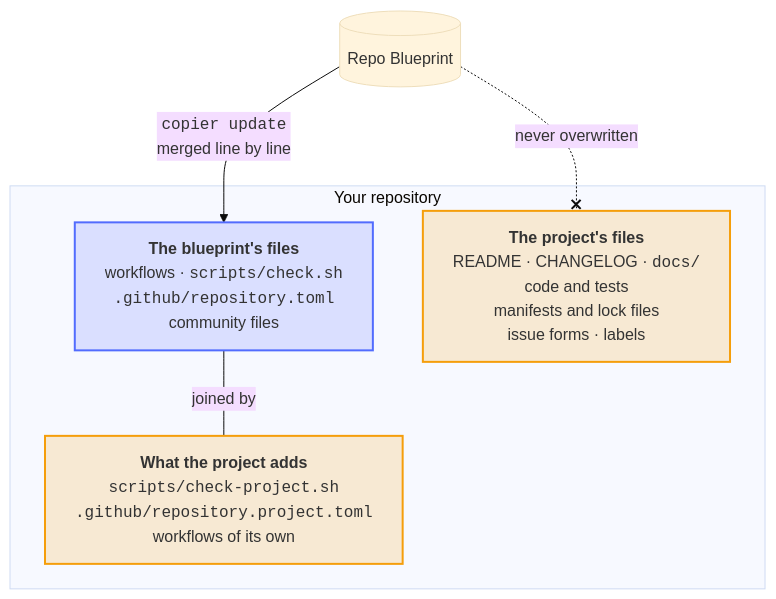
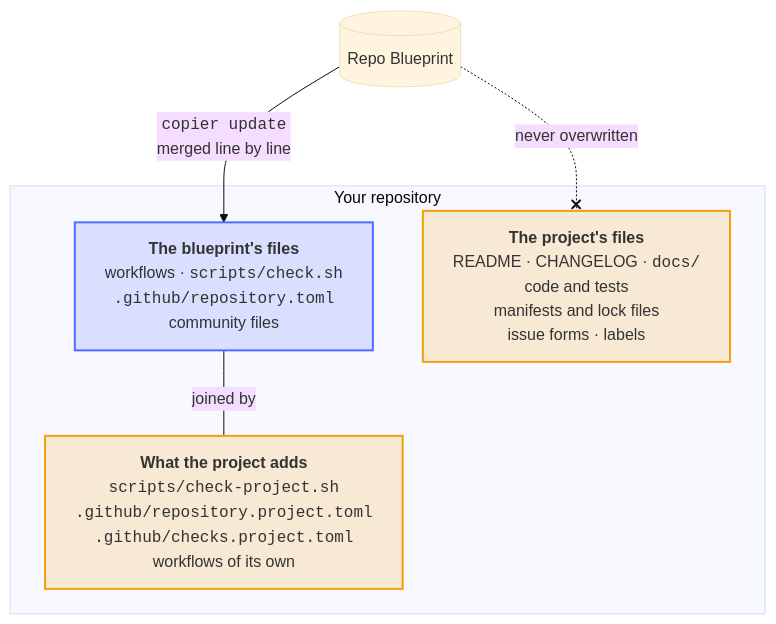
Before and after one commit to Dennis-Otto/repo-blueprint: the tenth of 11 diagrams in README.md, drawn with Mermaid (base theme). The commit also changed other lines of this file and 14 other files, not shown here.

````diff
--- a/README.md
+++ b/README.md
@@ -490,27 +490,27 @@
 ```mermaid
 ---
 config:
   flowchart:
     wrappingWidth: 400
 ---
 flowchart TB
     accTitle: What belongs to the blueprint and what to the project
     accDescr: copier update brings the changes of the blueprint's files, merged line by line with the changes of the repository, and never overwrites the files of the project. A project adds checks, settings and workflows of its own beside those of the blueprint.
 
     blueprint[("Repo Blueprint")]
 
     subgraph repo ["Your repository"]
         theirs["<b>The blueprint's files</b><br>workflows · <code>scripts/check.sh</code><br><code>.github/repository.toml</code><br>community files"]
         mine["<b>The project's files</b><br>README · CHANGELOG · <code>docs/</code><br>code and tests<br>manifests and lock files<br>issue forms · labels"]
-        adds["<b>What the project adds</b><br><code>scripts/check-project.sh</code><br><code>.github/repository.project.toml</code><br>workflows of its own"]
+        adds["<b>What the project adds</b><br><code>scripts/check-project.sh</code><br><code>.github/repository.project.toml</code><br><code>.github/checks.project.toml</code><br>workflows of its own"]
     end
 
     blueprint -- "<code>copier update</code><br>merged line by line" --> theirs
     blueprint -. "never overwritten" .-x mine
     theirs -- "joined by" --- adds
 
     classDef bot fill:#526cfe2e,stroke:#526cfe,stroke-width:2px
     classDef person fill:#f59e0b2e,stroke:#f59e0b,stroke-width:2px
     class theirs bot
     class mine,adds person
 ```
````
